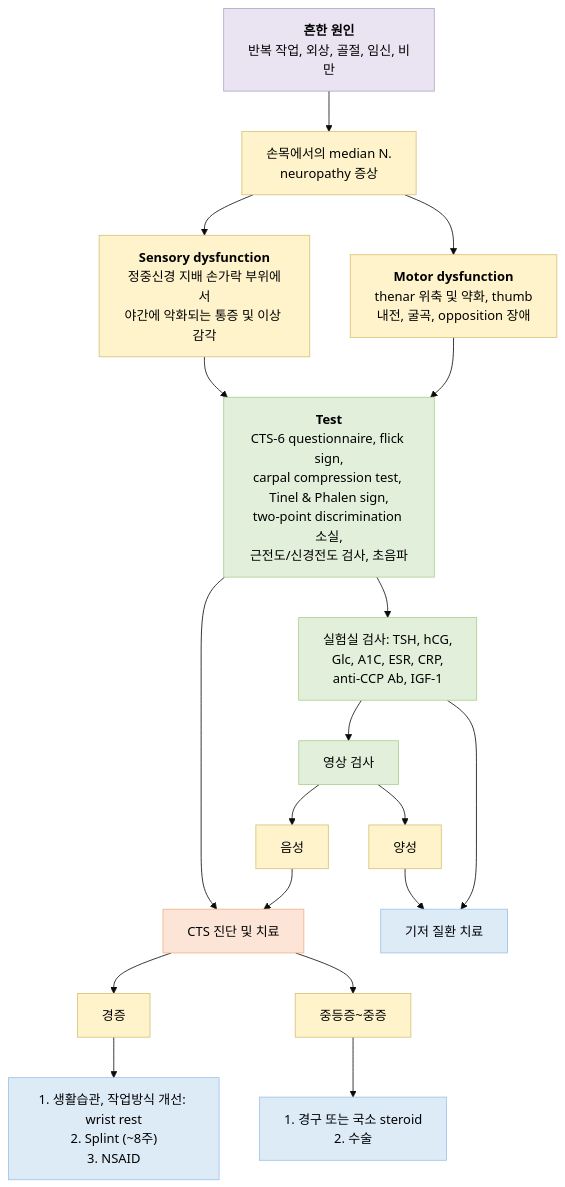
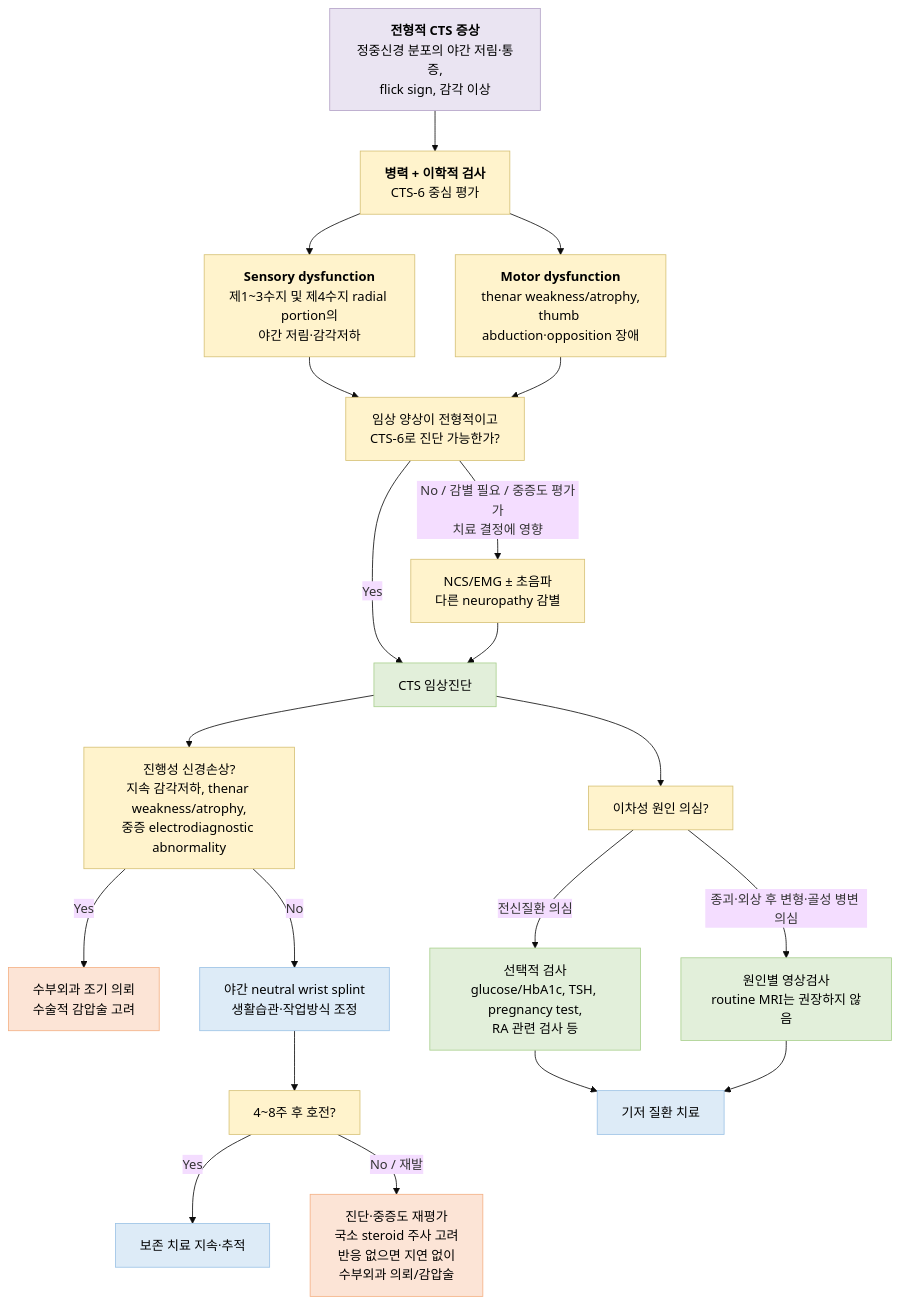
One commit to familyoh77/familyoh77 changed the diagram in 228_/142_-carpal-tunnel-syndrome-cts.md. Above: the diagram before and after it, drawn with Mermaid (base theme). The commit also changed other lines of this file, not shown here.

````diff
--- a/228_/142_-carpal-tunnel-syndrome-cts.md
+++ b/228_/142_-carpal-tunnel-syndrome-cts.md
@@ -155,41 +113,40 @@
 ```mermaid
 graph TD
-    A["<b>흔한 원인</b><br/>반복 작업, 외상, 골절, 임신, 비만"] --> B["손목에서의 median N.<br/>neuropathy 증상"]
-    
-    B --> C1["<b>Sensory dysfunction</b><br/>정중신경 지배 손가락 부위에서<br/>야간에 악화되는 통증 및 이상 감각"]
-    B --> C2["<b>Motor dysfunction</b><br/>thenar 위축 및 약화, thumb<br/>내전, 굴곡, opposition 장애"]
-    
-    C1 --> D["<b>Test</b><br/>CTS-6 questionnaire, flick sign,<br/>carpal compression test, Tinel & Phalen sign,<br/>two-point discrimination 소실,<br/>근전도/신경전도 검사, 초음파"]
+    A["<b>전형적 CTS 증상</b><br/>정중신경 분포의 야간 저림·통증,<br/>flick sign, 감각 이상"] --> B["<b>병력 + 이학적 검사</b><br/>CTS-6 중심 평가"]
+
+    B --> C1["<b>Sensory dysfunction</b><br/>제1~3수지 및 제4수지 radial portion의<br/>야간 저림·감각저하"]
+    B --> C2["<b>Motor dysfunction</b><br/>thenar weakness/atrophy,<br/>thumb abduction·opposition 장애"]
+
+    C1 --> D["임상 양상이 전형적이고<br/>CTS-6로 진단 가능한가?"]
     C2 --> D
-    
-    D --> E1["CTS 진단 및 치료"]
-    D --> E2["실험실 검사: TSH, hCG,<br/>Glc, A1C, ESR, CRP,<br/>anti-CCP Ab, IGF-1"]
-    
-    E1 --> F1["경증"]
-    E1 --> F2["중등증~중증"]
-    
-    F1 --> G1["1. 생활습관, 작업방식 개선: wrist rest<br/>2. Splint (~8주)<br/>3. NSAID"]
-    F2 --> G2["1. 경구 또는 국소 steroid<br/>2. 수술"]
-    
-    E2 --> H["영상 검사"]
-    E2 --> J["기저 질환 치료"]
-    
-    H --> I1["음성"]
-    H --> I2["양성"]
-    
-    I1 --> E1
-    I2 --> J
 
-    %% 색상 스타일 정의 (원본 이미지 기반)
+    D -->|Yes| E["CTS 임상진단"]
+    D -->|No / 감별 필요 / 중증도 평가가<br/>치료 결정에 영향| F["NCS/EMG ± 초음파<br/>다른 neuropathy 감별"]
+    F --> E
+
+    E --> G["진행성 신경손상?<br/>지속 감각저하, thenar weakness/atrophy,<br/>중증 electrodiagnostic abnormality"]
+    G -->|Yes| H["수부외과 조기 의뢰<br/>수술적 감압술 고려"]
+    G -->|No| I["야간 neutral wrist splint<br/>생활습관·작업방식 조정"]
+
+    I --> J["4~8주 후 호전?"]
+    J -->|Yes| K["보존 치료 지속·추적"]
+    J -->|No / 재발| L["진단·중증도 재평가<br/>국소 steroid 주사 고려<br/>반응 없으면 지연 없이<br/>수부외과 의뢰/감압술"]
+
+    E --> M["이차성 원인 의심?"]
+    M -->|전신질환 의심| N["선택적 검사<br/>glucose/HbA1c, TSH, pregnancy test,<br/>RA 관련 검사 등"]
+    M -->|종괴·외상 후 변형·골성 병변 의심| O["원인별 영상검사<br/>routine MRI는 권장하지 않음"]
+    N --> P["기저 질환 치료"]
+    O --> P
+
     classDef purple fill:#EAE4F2,stroke:#B3A2C7,color:#000
     classDef yellow fill:#FFF3CC,stroke:#D6C175,color:#000
     classDef green fill:#E2EFDA,stroke:#A9D08E,color:#000
     classDef pink fill:#FCE4D6,stroke:#F4B084,color:#000
     classDef blue fill:#DDEBF7,stroke:#9BC2E6,color:#000
 
     class A purple
-    class B,C1,C2,F1,F2,I1,I2 yellow
-    class D,E2,H green
-    class E1 pink
-    class G1,G2,J blue
+    class B,C1,C2,D,F,G,J,M yellow
+    class E,N,O green
+    class H,L pink
+    class I,K,P blue
 ```
````
